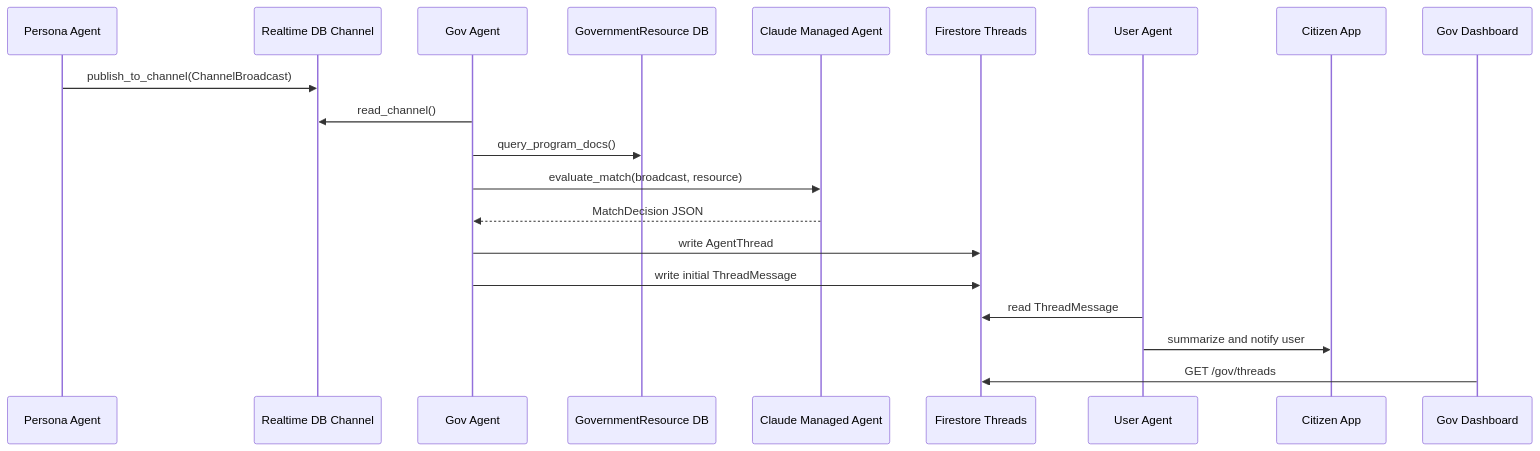
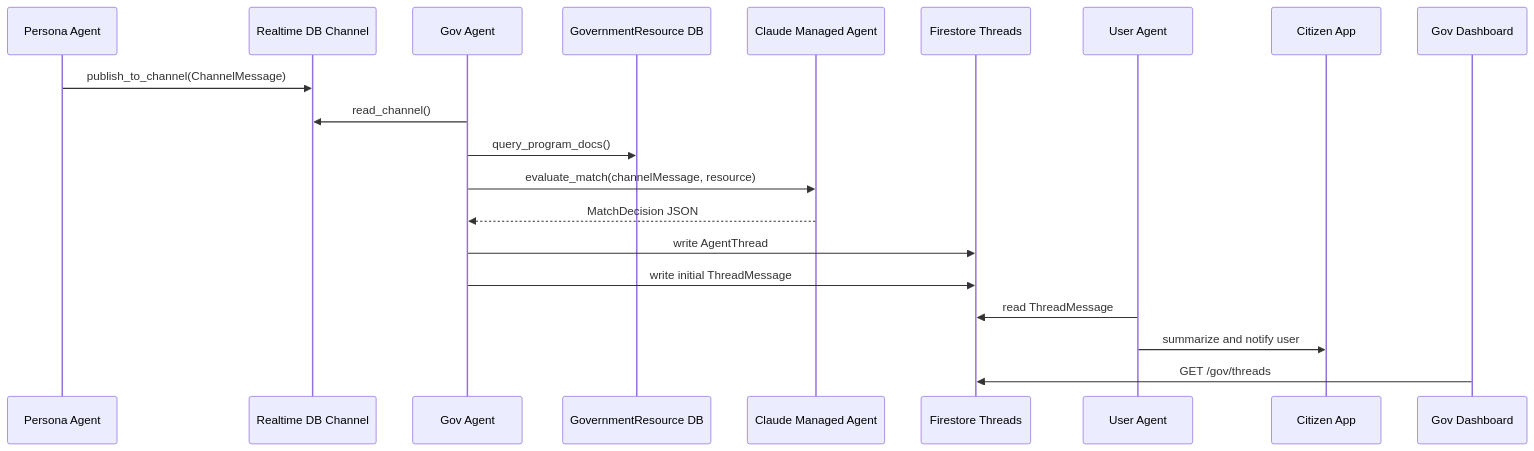
The diagram in services/api/src/agent/gov/gov-agent-sdd.md (racercode/MATCHA), drawn with Mermaid before and after one commit. The commit also changed other lines of this file and 25 other files, not shown here.

````diff
--- a/services/api/src/agent/gov/gov-agent-sdd.md
+++ b/services/api/src/agent/gov/gov-agent-sdd.md
@@ -39,23 +39,23 @@
 ```mermaid
 sequenceDiagram
     participant Persona as Persona Agent
     participant Channel as Realtime DB Channel
     participant Gov as Gov Agent
     participant Resource as GovernmentResource DB
     participant Claude as Claude Managed Agent
     participant Thread as Firestore Threads
     participant UserAgent as User Agent
     participant User as Citizen App
     participant Web as Gov Dashboard
 
-    Persona->>Channel: publish_to_channel(ChannelBroadcast)
+    Persona->>Channel: publish_to_channel(ChannelMessage)
     Gov->>Channel: read_channel()
     Gov->>Resource: query_program_docs()
-    Gov->>Claude: evaluate_match(broadcast, resource)
+    Gov->>Claude: evaluate_match(channelMessage, resource)
     Claude-->>Gov: MatchDecision JSON
     Gov->>Thread: write AgentThread
     Gov->>Thread: write initial ThreadMessage
     UserAgent->>Thread: read ThreadMessage
     UserAgent->>User: summarize and notify user
     Web->>Thread: GET /gov/threads
 ```
````
